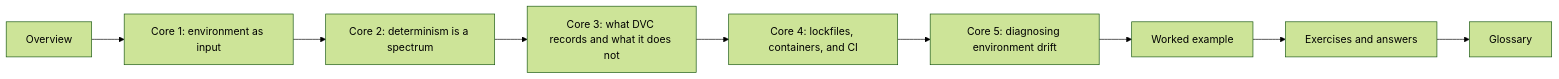
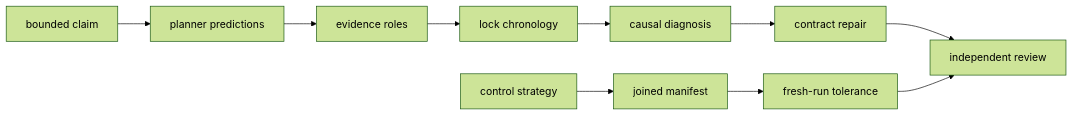
Before and after one commit to bijux/bijux-masterclass: the fourth of 4 diagrams in programs/reproducible-research/deep-dive-dvc/course-book/module-03-execution-environments-reproducible-inputs/index.md, drawn with Mermaid (forest theme). The commit also changed other lines of this file, not shown here.

Commit message:
docs(dvc): orient independent runtime evidence study

````diff
--- a/programs/reproducible-research/deep-dive-dvc/course-book/module-03-execution-environments-reproducible-inputs/index.md
+++ b/programs/reproducible-research/deep-dive-dvc/course-book/module-03-execution-environments-reproducible-inputs/index.md
@@ -67,11 +195,12 @@
 ```mermaid
 flowchart LR
-  overview["Overview"] --> core1["Core 1: environment as input"]
-  core1 --> core2["Core 2: determinism is a spectrum"]
-  core2 --> core3["Core 3: what DVC records and what it does not"]
-  core3 --> core4["Core 4: lockfiles, containers, and CI"]
-  core4 --> core5["Core 5: diagnosing environment drift"]
-  core5 --> example["Worked example"]
-  example --> practice["Exercises and answers"]
-  practice --> glossary["Glossary"]
+  claim["bounded claim"] --> predictions["planner predictions"]
+  predictions --> inventory["evidence roles"]
+  inventory --> chronology["lock chronology"]
+  chronology --> cause["causal diagnosis"]
+  cause --> repair["contract repair"]
+  strategy["control strategy"] --> manifest["joined manifest"]
+  manifest --> tolerance["fresh-run tolerance"]
+  repair --> review["independent review"]
+  tolerance --> review
 ```
````
